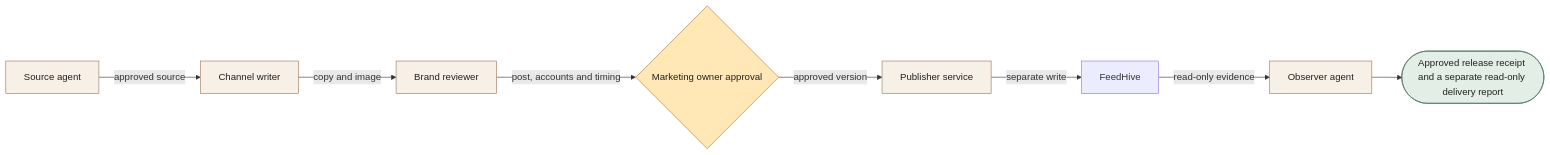
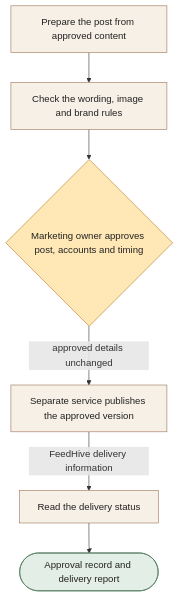
Before and after one commit to dextee/claude-code-agent-team-guide: the diagram in docs/workflows/social-command-center.md, drawn with Mermaid. The commit also changed other lines of this file and 28 other files, not shown here.

````diff
--- a/docs/workflows/social-command-center.md
+++ b/docs/workflows/social-command-center.md
@@ -21,23 +25,20 @@
 ```mermaid
-flowchart LR
-A["Source agent"]
-B["Channel writer"]
-C["Brand reviewer"]
-D["Publisher service"]
-E["Observer agent"]
-H{"Marketing owner approval"}
-O(["Approved release receipt and a separate read-only delivery report"])
-A -->|approved source| B
-B -->|copy and image| C
-C -->|post, accounts and timing| H
-H -->|approved version| D
-D -->|separate write| F["FeedHive"]
-F -->|read-only evidence| E
-E --> O
-classDef agent fill:#f6f0e6,stroke:#9f7557,color:#222222
+flowchart TD
+A["Prepare the post from approved content"]
+B["Check the wording, image and brand rules"]
+H{"Marketing owner approves post, accounts and timing"}
+C["Separate service publishes the approved version"]
+D["Read the delivery status"]
+O(["Approval record and delivery report"])
+A --> B
+B --> H
+H -->|approved details unchanged| C
+C -->|FeedHive delivery information| D
+D --> O
+classDef assistant fill:#f6f0e6,stroke:#9f7557,color:#222222
 classDef human fill:#ffe8b6,stroke:#b57821,color:#222222
 classDef outcome fill:#e3eee6,stroke:#4e775c,color:#222222
-class A,B,C,D,E agent
+class A,B,C,D assistant
 class H human
 class O outcome
 ```
````
